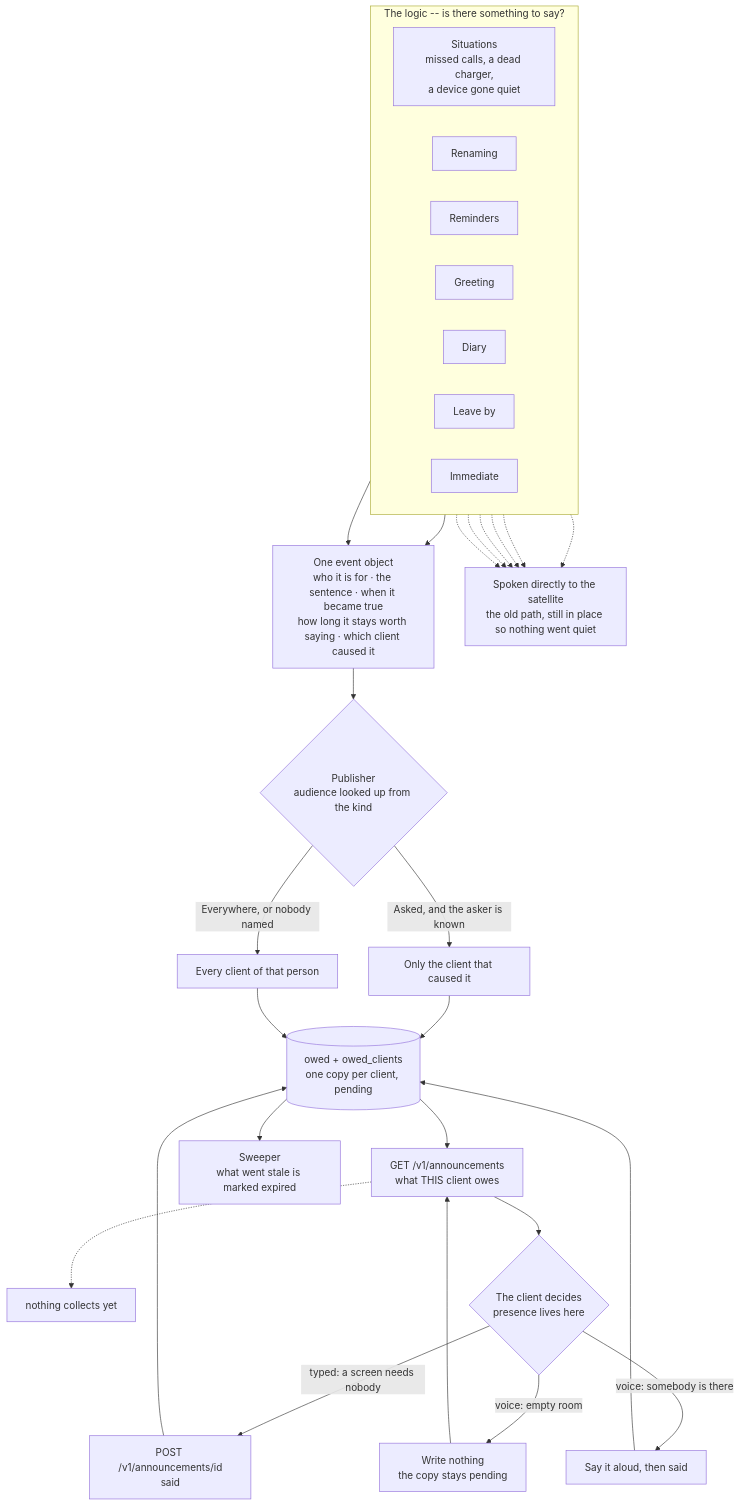
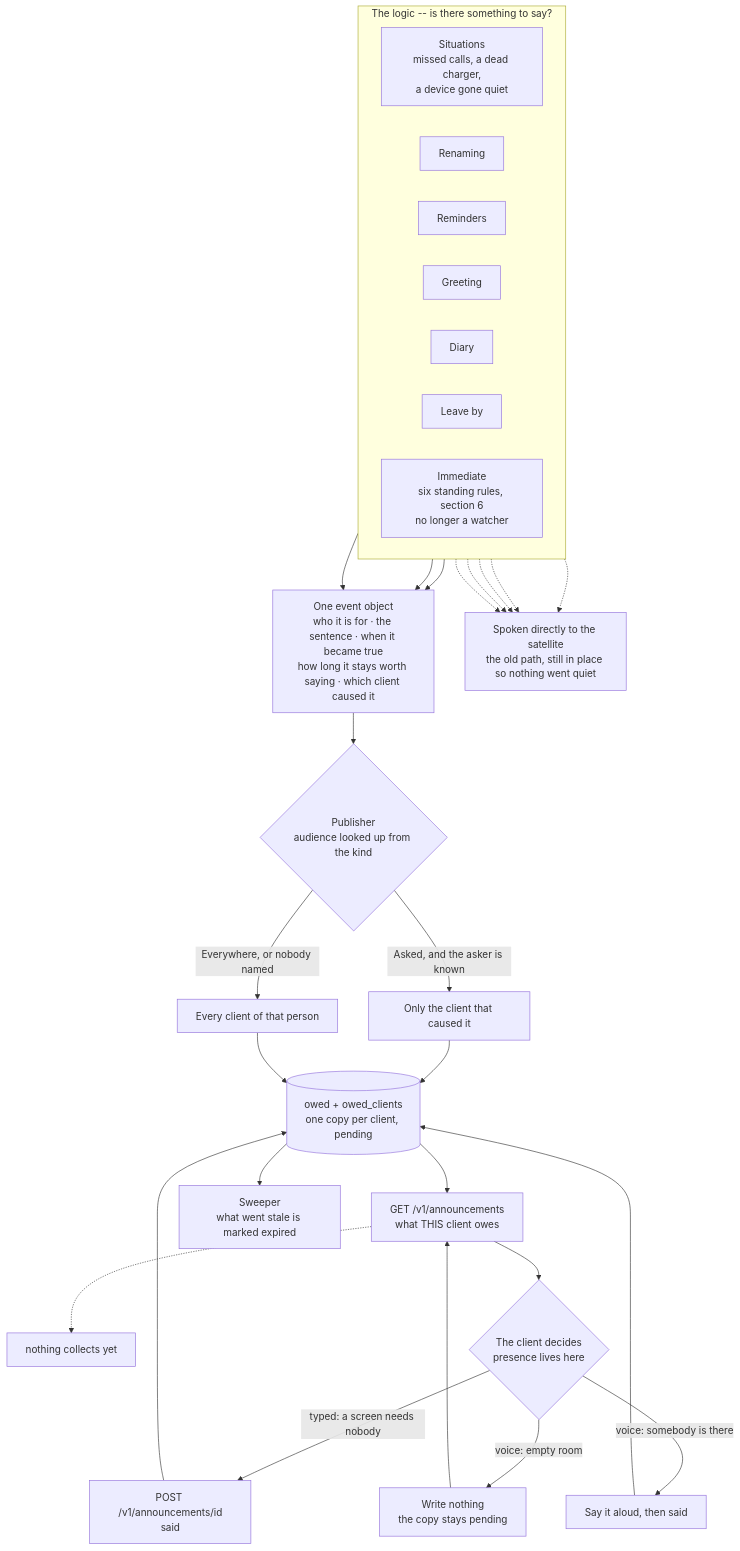
Before and after one commit to DhanushRamesh/personal-assistant: the third of 5 diagrams in FEATURES.md, drawn with Mermaid. The commit also changed other lines of this file and 16 other files, not shown here.

````diff
--- a/FEATURES.md
+++ b/FEATURES.md
@@ -93,47 +93,47 @@
 ```mermaid
 flowchart TB
     subgraph L["The logic -- is there something to say?"]
         direction LR
         SI["Situations<br/>missed calls, a dead charger,<br/>a device gone quiet"]
         RN["Renaming"]
         RM["Reminders"]
         GR["Greeting"]
         CO["Diary"]
         LV["Leave by"]
-        IM["Immediate"]
+        IM["Immediate<br/>six standing rules, section 6<br/>no longer a watcher"]
     end
 
     SI --> EV
     RN --> EV
     RM -.-> OLD
     GR -.-> OLD
     CO -.-> OLD
     LV -.-> OLD
-    IM -.-> OLD
+    IM --> EV
     RN -.-> OLD
 
     EV["One event object<br/>who it is for · the sentence · when it became true<br/>how long it stays worth saying · which client caused it"]
     EV --> PUB{"Publisher<br/>audience looked up from the kind"}
 
     PUB -- "Asked, and the asker is known" --> ONE["Only the client that caused it"]
     PUB -- "Everywhere, or nobody named" --> ALL["Every client of that person"]
 
     ONE --> DB
     ALL --> DB
     DB[("owed + owed_clients<br/>one copy per client, pending")]
 
     DB --> GET["GET /v1/announcements<br/>what THIS client owes"]
     GET -.-> NOBODY["nothing collects yet"]
     GET --> CL{"The client decides<br/>presence lives here"}
 
     CL -- "typed: a screen needs nobody" --> MARK["POST /v1/announcements/id<br/>said"]
     CL -- "voice: somebody is there" --> SAY["Say it aloud, then said"]
     CL -- "voice: empty room" --> KEEP["Write nothing<br/>the copy stays pending"]
     KEEP --> GET
 
     MARK --> DB
     SAY --> DB
     DB --> SW["Sweeper<br/>what went stale is marked expired"]
 
     OLD["Spoken directly to the satellite<br/>the old path, still in place so nothing went quiet"]
 ```
````
